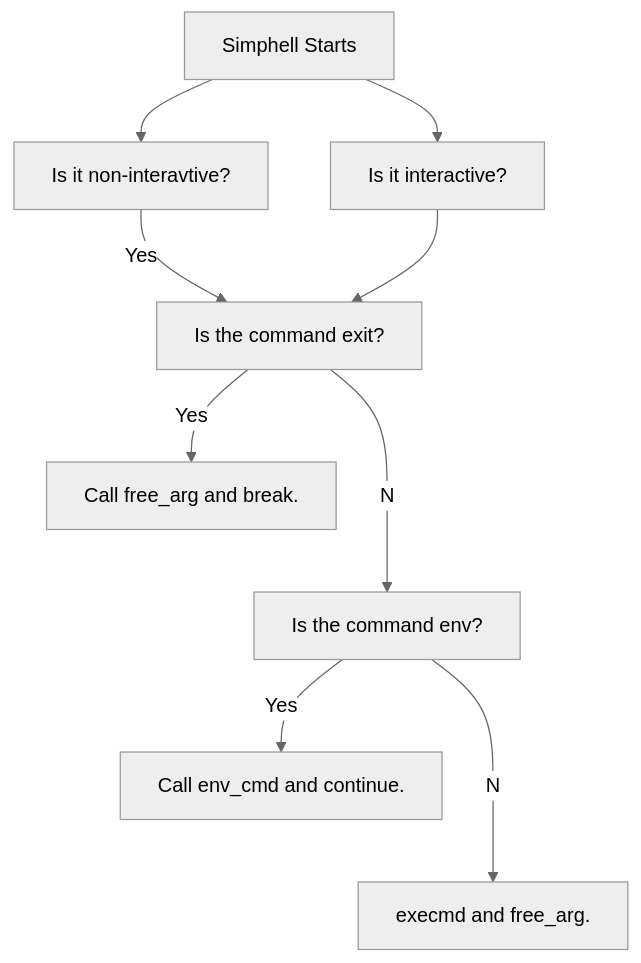
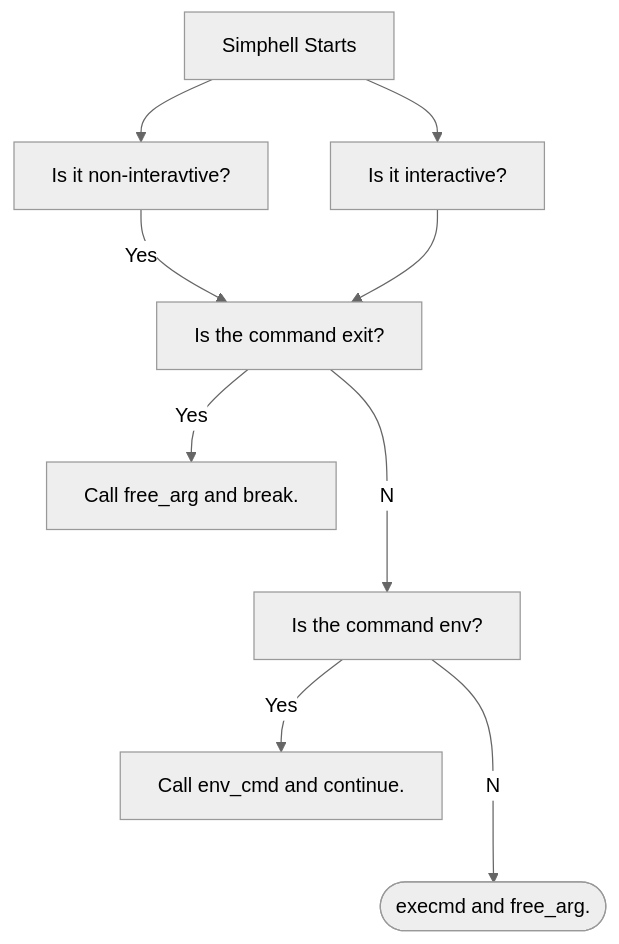
Before and after one commit to LeeWest89/MySuperRepo: the diagram in README.md, drawn with Mermaid (neutral theme).

````diff
--- a/README.md
+++ b/README.md
@@ -2,11 +2,11 @@
 ```mermaid
 flowchart TD;
   A[Simphell Starts]-->B[Is it interactive?];
   A-->C[Is it non-interavtive?];
   C--Yes-->D[Is the command exit?];
   D--Yes-->E[Call free_arg and break.];
   D--No-->F[Is the command env?];
   F--Yes-->G[Call env_cmd and continue.];
-  F--No-->H[execmd and free_arg.];
+  F--No-->H([execmd and free_arg.]);
   B-->D
 ```
````
